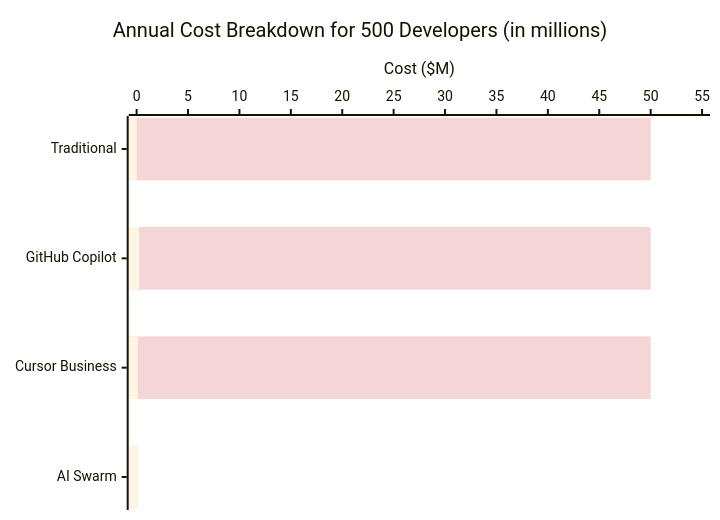
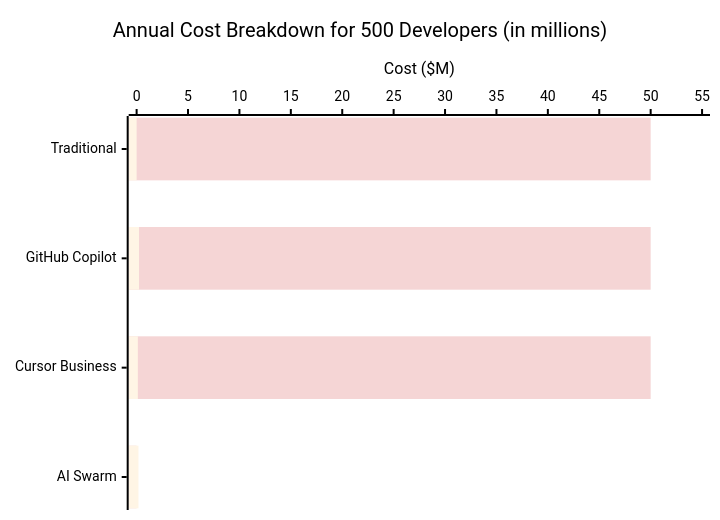
Before and after one commit to o2alexanderfedin/AI-Hive-Business-Docs: the third of 9 diagrams in business-documents/market-analysis/06-pricing-analysis.md, drawn with Mermaid.

Commit message:
Set all xychart text and lines to black
- Add titleColor: #000000 for chart title
- Add xAxisLabelColor, xAxisTitleColor, xAxisTickColor, xAxisLineColor: #000000
- Add yAxisLabelColor, yAxisTitleColor, yAxisTickColor, yAxisLineColor: #000000
- Ensures all text and lines are black for better readability
- Consistent with design guidelines for black text

````diff
--- a/business-documents/market-analysis/06-pricing-analysis.md
+++ b/business-documents/market-analysis/06-pricing-analysis.md
@@ -167,15 +167,24 @@
 ```mermaid
 ---
 config:
   themeVariables:
     xyChart:
       backgroundColor: transparent
       plotColorPalette: "#F5D5D5, #FFF5E5, #D5F5D5"
+      titleColor: "#000000"
+      xAxisLabelColor: "#000000"
+      xAxisTitleColor: "#000000"
+      xAxisTickColor: "#000000"
+      xAxisLineColor: "#000000"
+      yAxisLabelColor: "#000000"
+      yAxisTitleColor: "#000000"
+      yAxisTickColor: "#000000"
+      yAxisLineColor: "#000000"
 ---
 xychart-beta horizontal
     title "Annual Cost Breakdown for 500 Developers (in millions)"
     x-axis ["Traditional", "GitHub Copilot", "Cursor Business", "AI Swarm"]
     y-axis "Cost ($M)" 0 --> 55
     bar "Developer Costs" [50.00, 50.00, 50.00, 0]
     bar "Tool/Platform Costs" [0, 0.234, 0.12, 0.18]
 ```
````
